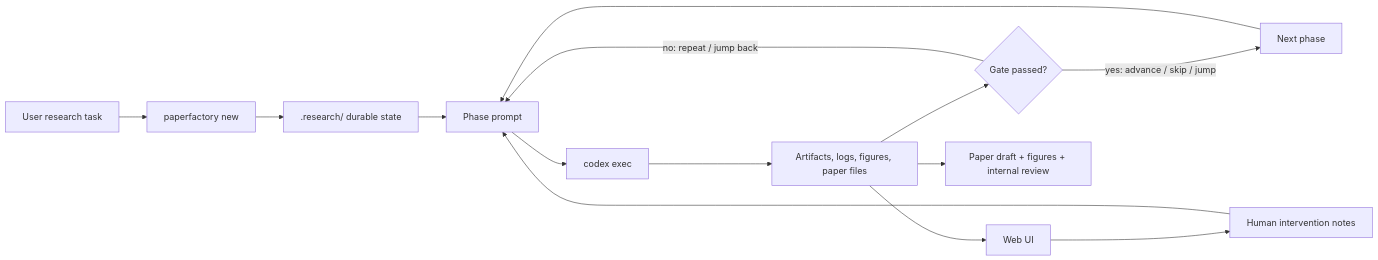
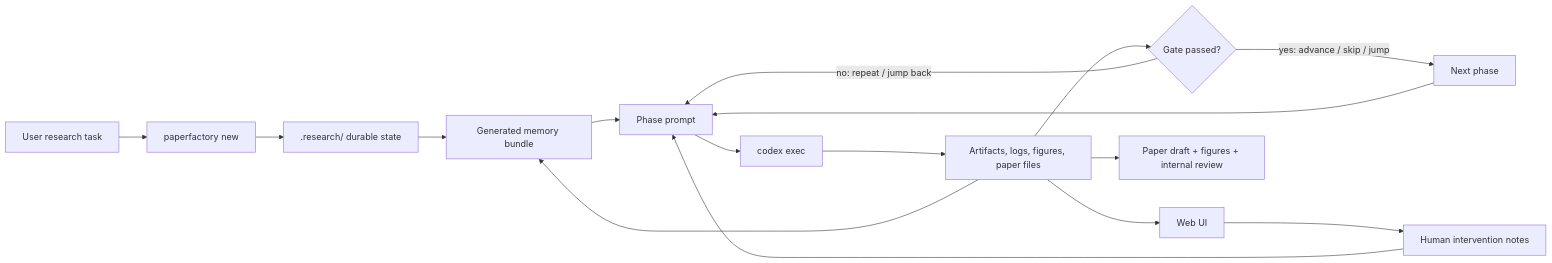
The first of 2 diagrams in README.md (happystander/codex-PaperFactory), drawn with Mermaid before and after one commit. The commit also changed other lines of this file and 8 other files, not shown here.

````diff
--- a/README.md
+++ b/README.md
@@ -15,16 +15,18 @@
 ```mermaid
 flowchart LR
     U["User research task"] --> PF["paperfactory new"]
     PF --> R[".research/ durable state"]
-    R --> P["Phase prompt"]
+    R --> M["Generated memory bundle"]
+    M --> P["Phase prompt"]
     P --> C["codex exec"]
     C --> A["Artifacts, logs, figures, paper files"]
+    A --> M
     A --> G{"Gate passed?"}
     G -- "no: repeat / jump back" --> P
     G -- "yes: advance / skip / jump" --> N["Next phase"]
     N --> P
     A --> UI["Web UI"]
     UI --> H["Human intervention notes"]
     H --> P
     A --> D["Paper draft + figures + internal review"]
 ```
````
